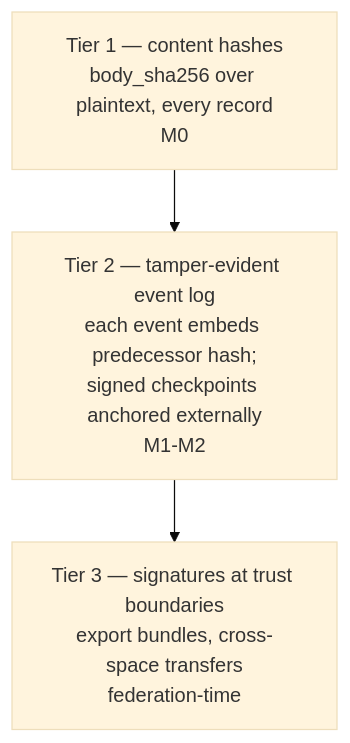
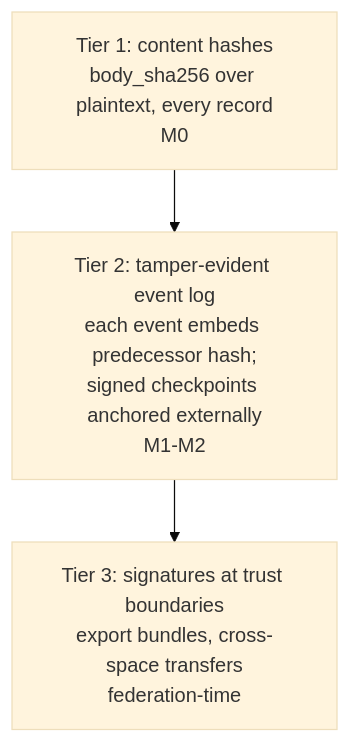
One commit to wistrand/radia changed the diagram in agent_docs/design-observability.md. Above: the diagram before and after it, drawn with Mermaid (base theme). The commit also changed other lines of this file and 136 other files, not shown here.

````diff
--- a/agent_docs/design-observability.md
+++ b/agent_docs/design-observability.md
@@ -130,7 +130,7 @@
 ```mermaid
 flowchart TB
-    T1[Tier 1 — content hashes<br/>body_sha256 over plaintext, every record<br/>M0]
-    T2[Tier 2 — tamper-evident event log<br/>each event embeds predecessor hash;<br/>signed checkpoints anchored externally<br/>M1-M2]
-    T3[Tier 3 — signatures at trust boundaries<br/>export bundles, cross-space transfers<br/>federation-time]
+    T1[Tier 1: content hashes<br/>body_sha256 over plaintext, every record<br/>M0]
+    T2[Tier 2: tamper-evident event log<br/>each event embeds predecessor hash;<br/>signed checkpoints anchored externally<br/>M1-M2]
+    T3[Tier 3: signatures at trust boundaries<br/>export bundles, cross-space transfers<br/>federation-time]
     T1 --> T2 --> T3
 ```
````
